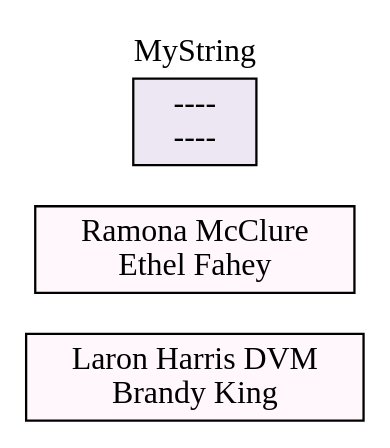
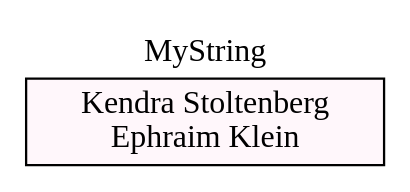
Before and after one commit to 12eebok/tournament_sandbox: the diagram in public/competitions/1/graph.dot, drawn with Graphviz. The commit also changed 35 other files, not shown here.

```diff
--- a/public/competitions/1/graph.dot
+++ b/public/competitions/1/graph.dot
@@ -1,11 +1,9 @@
 digraph 
   {
     label = "MyString";
     rankdir = LR;
     labelloc="t";
     node [ shape = box, colorscheme = pubu8, style = filled ];
     edge [ arrowhead=none, arrowtail=none, style=bold ];
-    1                    [ label = "Laron Harris DVM\nBrandy King",fillcolor = 1 ];
-    2                    [ label = "Ramona McClure\nEthel Fahey",fillcolor = 1 ];
-    3                    [ label = "----\n----",fillcolor = 2 ];
+    1                    [ label = "Kendra Stoltenberg\nEphraim Klein",fillcolor = 1 ];
   }
```
